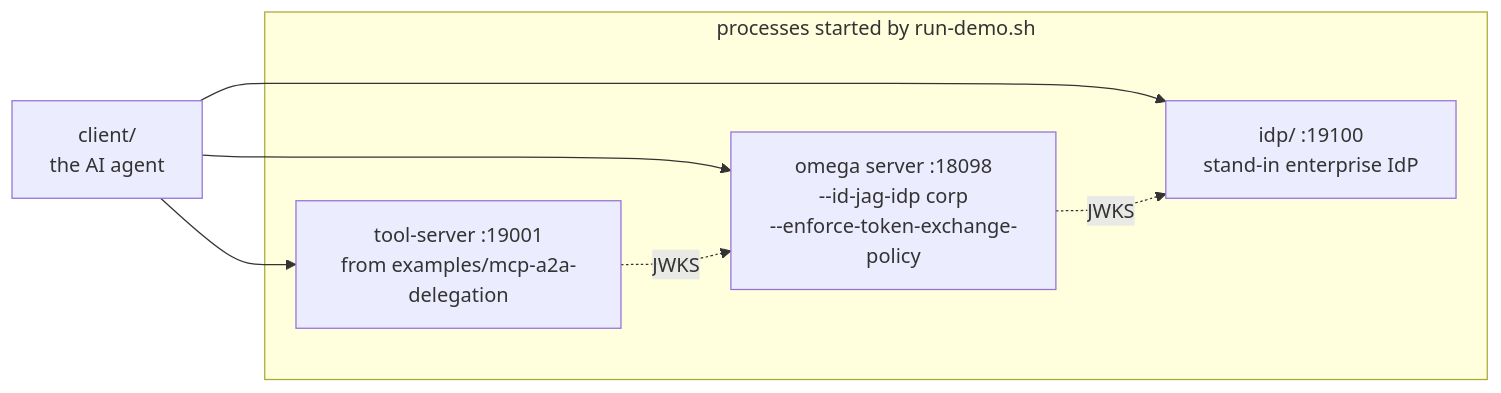
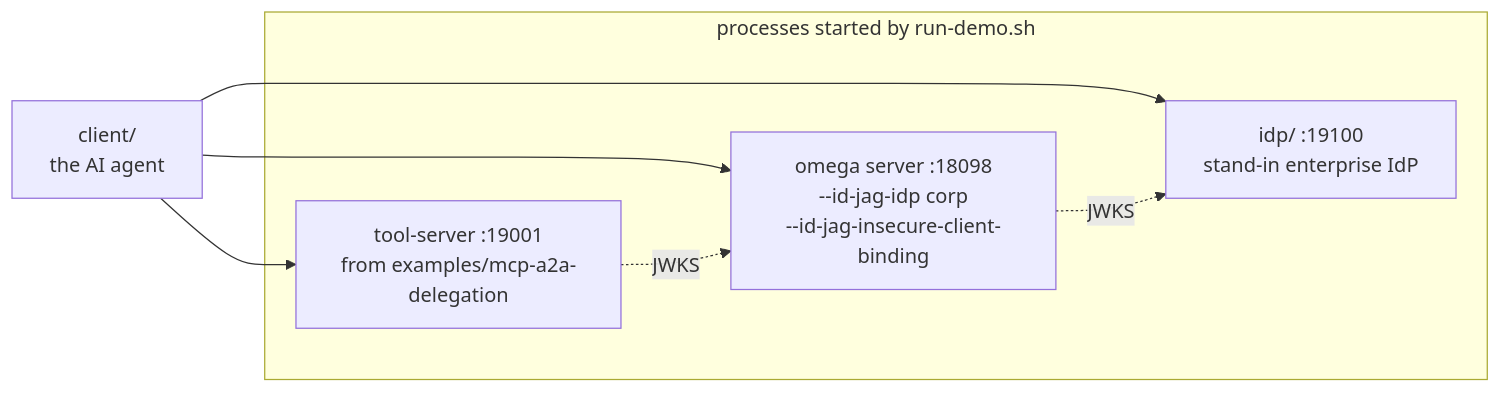
One commit to kanywst/omega changed the fifth of 5 diagrams in docs/id-jag.md. Above: the diagram before and after it, drawn with Mermaid. The commit also changed other lines of this file and 11 other files, not shown here.

First line of the commit message:
fix(api): give ID-JAG grants their own policy action and require --require-auth

````diff
--- a/docs/id-jag.md
+++ b/docs/id-jag.md
@@ -200,13 +200,13 @@
 ```mermaid
 flowchart LR
   subgraph procs [processes started by run-demo.sh]
     IDP["idp/ :19100<br/>stand-in enterprise IdP"]
-    OM["omega server :18098<br/>--id-jag-idp corp<br/>--enforce-token-exchange-policy"]
+    OM["omega server :18098<br/>--id-jag-idp corp<br/>--id-jag-insecure-client-binding"]
     TS["tool-server :19001<br/>from examples/mcp-a2a-delegation"]
   end
   C["client/<br/>the AI agent"] --> IDP
   C --> OM
   C --> TS
   TS -. JWKS .-> OM
   OM -. JWKS .-> IDP
 ```
````
